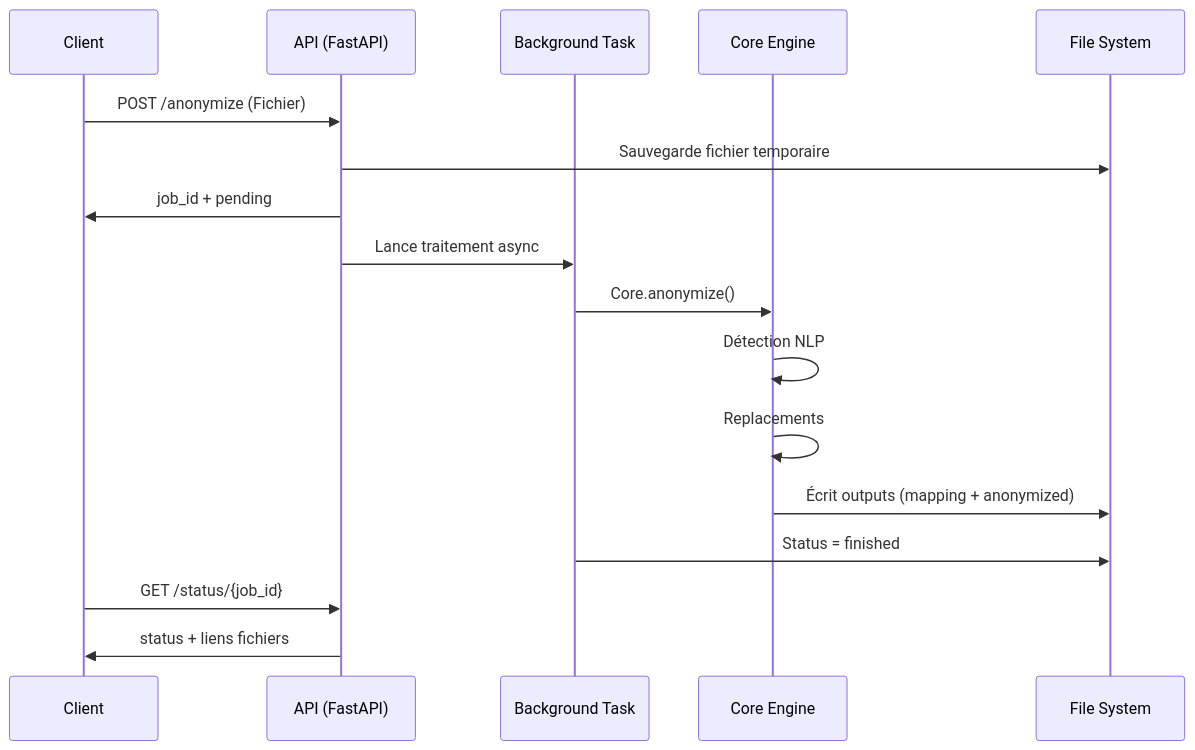
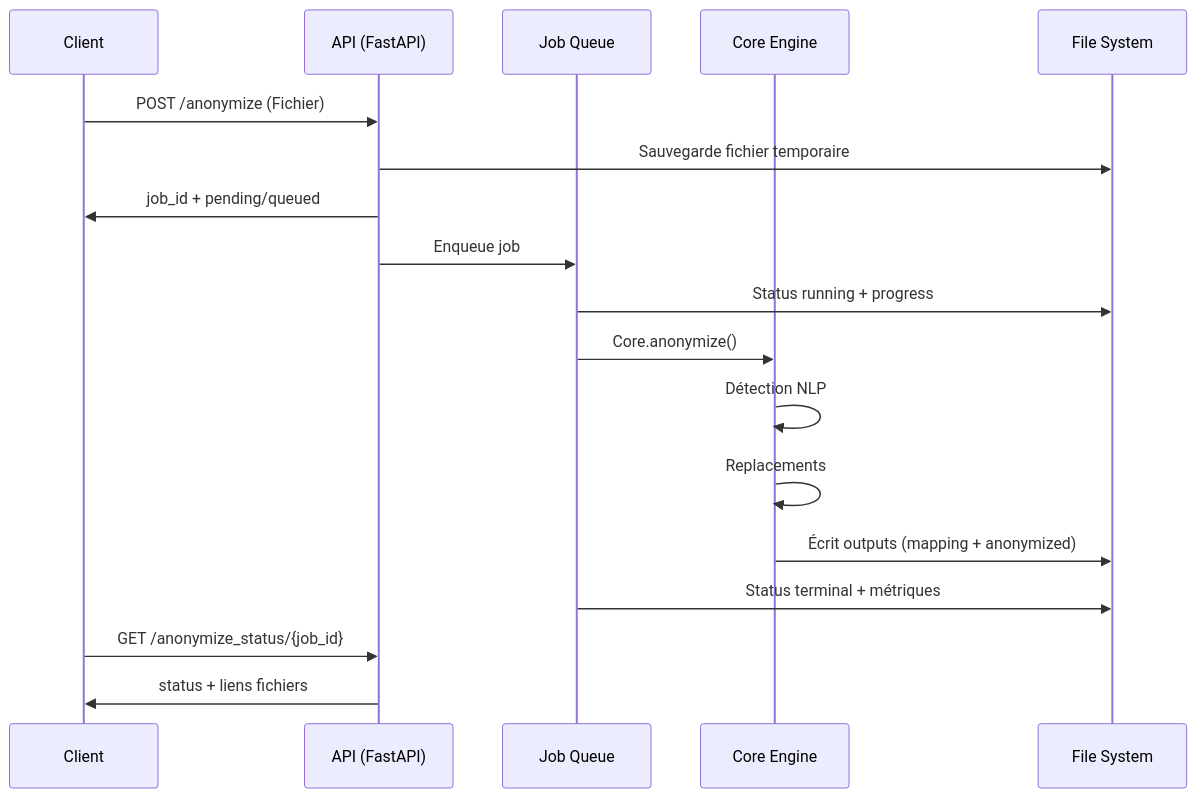
Before and after one commit to simongrossi/anonyfiles: the second of 2 diagrams in anonyfiles_architecture.md, drawn with Mermaid. The commit also changed other lines of this file and 14 other files, not shown here.

First line of the commit message:
feat(api): robust in-process job queue + docs

````diff
--- a/anonyfiles_architecture.md
+++ b/anonyfiles_architecture.md
@@ -138,23 +138,24 @@
 ```mermaid
 sequenceDiagram
     participant Client
     participant API as API (FastAPI)
-    participant Worker as Background Task
+    participant Worker as Job Queue
     participant Core as Core Engine
     participant FS as File System
 
     Client->>API: POST /anonymize (Fichier)
     API->>FS: Sauvegarde fichier temporaire
-    API->>Client: job_id + pending
+    API->>Client: job_id + pending/queued
     
-    API->>Worker: Lance traitement async
+    API->>Worker: Enqueue job
+    Worker->>FS: Status running + progress
     Worker->>Core: Core.anonymize()
     Core->>Core: Détection NLP
     Core->>Core: Replacements
     Core->>FS: Écrit outputs (mapping + anonymized)
     
-    Worker->>FS: Status = finished
+    Worker->>FS: Status terminal + métriques
     
-    Client->>API: GET /status/{job_id}
+    Client->>API: GET /anonymize_status/{job_id}
     API->>Client: status + liens fichiers
 ```
````
